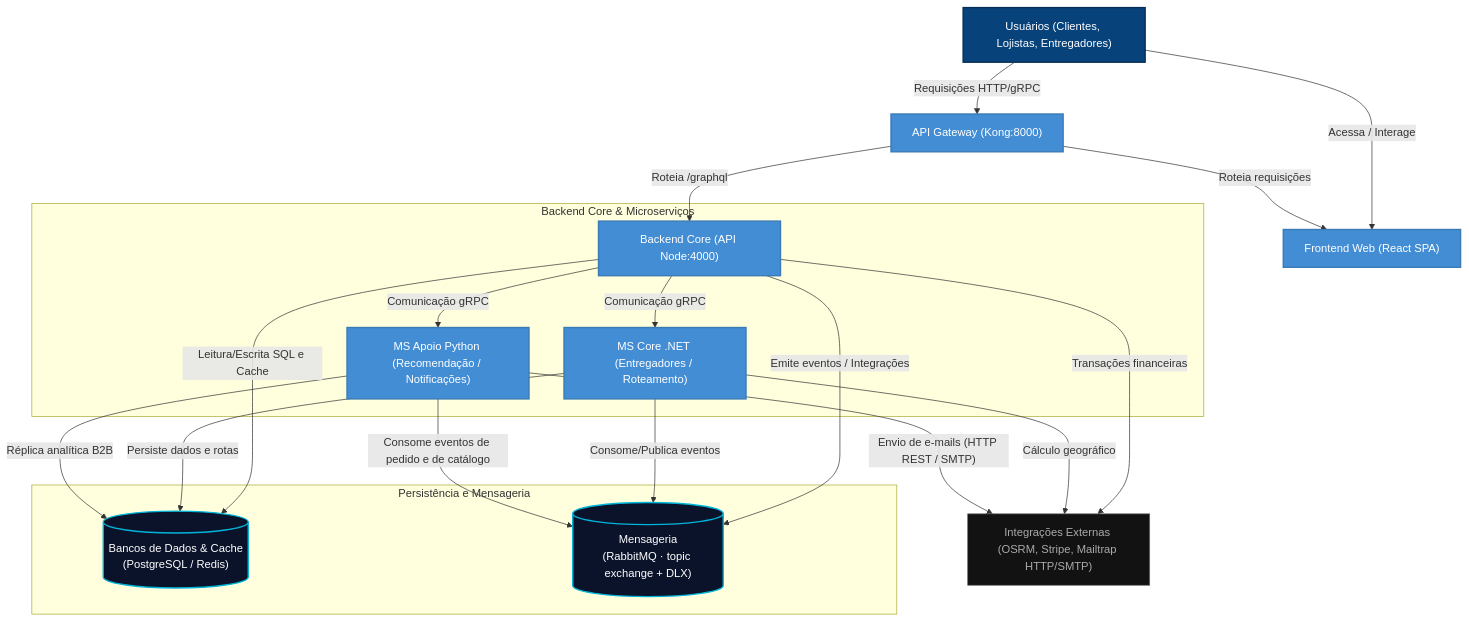
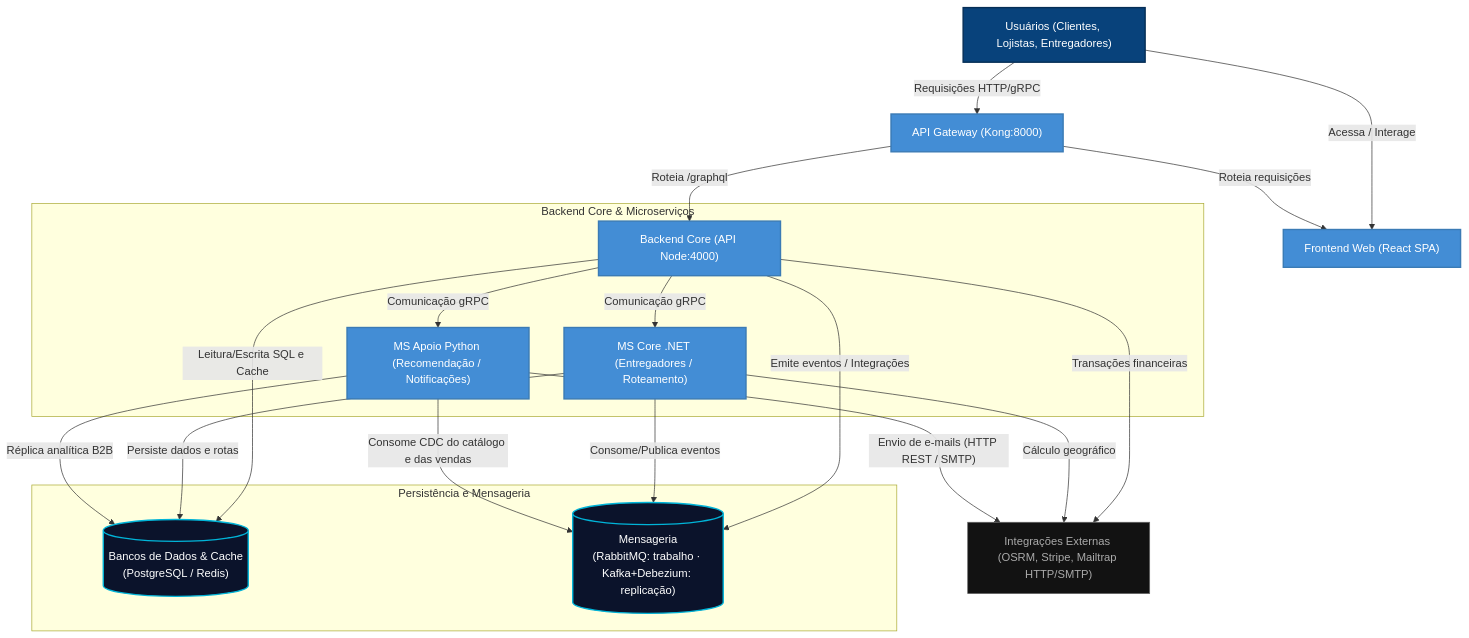
The second of 3 diagrams in README.md (arthurair3s/arquitetura-de-software), drawn with Mermaid before and after one commit. The commit also changed other lines of this file and 5 other files, not shown here.

First line of the commit message:
atualiza README e diagramas para o pipeline de CDC

````diff
--- a/README.md
+++ b/README.md
@@ -39,46 +39,46 @@
 ```mermaid
 graph TD
     %% Styling
     classDef client fill:#08427b,stroke:#052e56,stroke-width:2px,color:#fff;
     classDef container fill:#438dd5,stroke:#3b7bb5,stroke-width:2px,color:#fff;
     classDef db fill:#0b132b,stroke:#00b4d8,stroke-width:2px,color:#fff;
     classDef broker fill:#2d1a12,stroke:#f8961e,stroke-width:2px,color:#fff;
     classDef ext fill:#121212,stroke:#666,stroke-width:1px,color:#aaa;
 
     cliente["Usuários (Clientes, Lojistas, Entregadores)"]:::client
     gateway["API Gateway (Kong:8000)"]:::container
     frontend["Frontend Web (React SPA)"]:::container
 
     subgraph "Backend Core & Microserviços"
         api_node["Backend Core (API Node:4000)"]:::container
         ms_dotnet["MS Core .NET (Entregadores / Roteamento)"]:::container
         ms_python["MS Apoio Python (Recomendação / Notificações)"]:::container
     end
 
     subgraph "Persistência e Mensageria"
         databases[("Bancos de Dados & Cache<br>(PostgreSQL / Redis)")]:::db
-        messaging[("Mensageria<br>(RabbitMQ · topic exchange + DLX)")]:::db
+        messaging[("Mensageria<br>(RabbitMQ: trabalho · Kafka+Debezium: replicação)")]:::db
     end
 
     ext["Integrações Externas (OSRM, Stripe, Mailtrap HTTP/SMTP)"]:::ext
 
     %% Flows
     cliente -->|Acessa / Interage| frontend
     cliente -->|Requisições HTTP/gRPC| gateway
     gateway -->|Roteia requisições| frontend
     gateway -->|Roteia /graphql| api_node
 
     api_node -->|Comunicação gRPC| ms_dotnet
     api_node -->|Comunicação gRPC| ms_python
     api_node -->|Leitura/Escrita SQL e Cache| databases
     api_node -->|Emite eventos / Integrações| messaging
     api_node -->|Transações financeiras| ext
 
     ms_dotnet -->|Persiste dados e rotas| databases
     ms_dotnet -->|Consome/Publica eventos| messaging
     ms_dotnet -->|Cálculo geográfico| ext
 
     ms_python -->|Réplica analítica B2B| databases
-    ms_python -->|Consome eventos de pedido e de catálogo| messaging
+    ms_python -->|Consome CDC do catálogo e das vendas| messaging
     ms_python -->|"Envio de e-mails (HTTP REST / SMTP)"| ext
 ```
````
